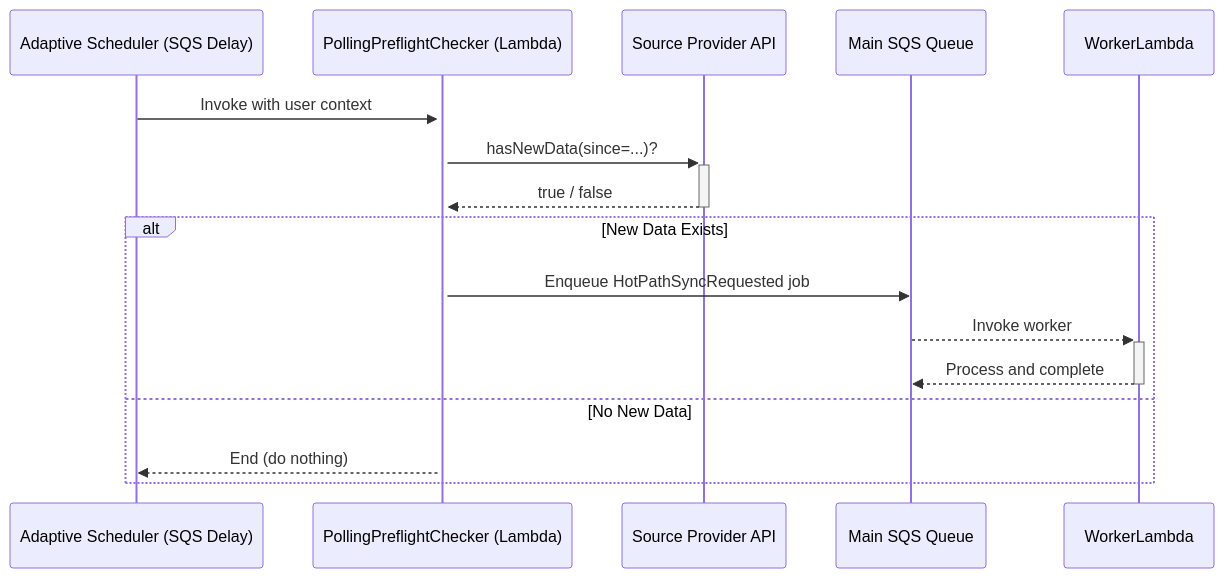
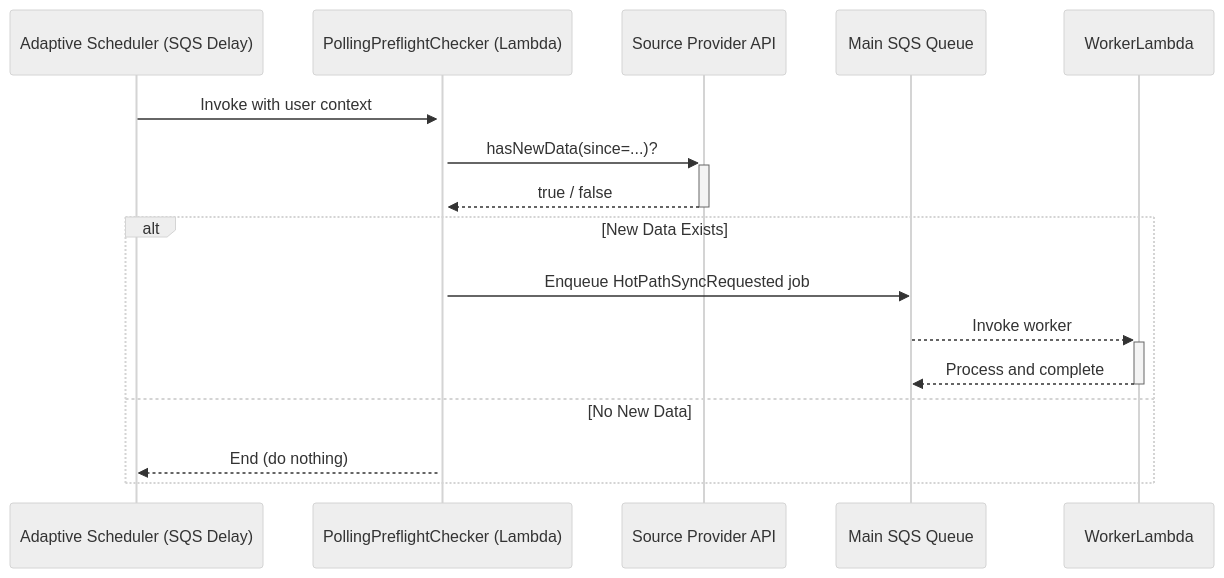
One commit to dino10bit/healthsync changed the third of 18 diagrams in docs/architecture/06-technical-architecture.md. Above: the diagram before and after it, drawn with Mermaid. The commit also changed other lines of this file, not shown here.

First line of the commit message:
Fix Mermaid diagrams in technical architecture document

````diff
--- a/docs/architecture/06-technical-architecture.md
+++ b/docs/architecture/06-technical-architecture.md
@@ -765,20 +767,21 @@
     ```mermaid
+%%{init: {'theme': 'neutral'}}%%
     sequenceDiagram
         participant Scheduler as Adaptive Scheduler (SQS Delay)
         participant Checker as PollingPreflightChecker (Lambda)
         participant SourceAPI as Source Provider API
         participant MainQueue as Main SQS Queue
         participant Worker as WorkerLambda
 
         Scheduler->>+Checker: Invoke with user context
         Checker->>+SourceAPI: hasNewData(since=...)?
         SourceAPI-->>-Checker: true / false
 
         alt New Data Exists
             Checker->>MainQueue: Enqueue HotPathSyncRequested job
             MainQueue-->>+Worker: Invoke worker
             Worker-->>-MainQueue: Process and complete
         else No New Data
             Checker-->>Scheduler: End (do nothing)
         end
     ```
````
